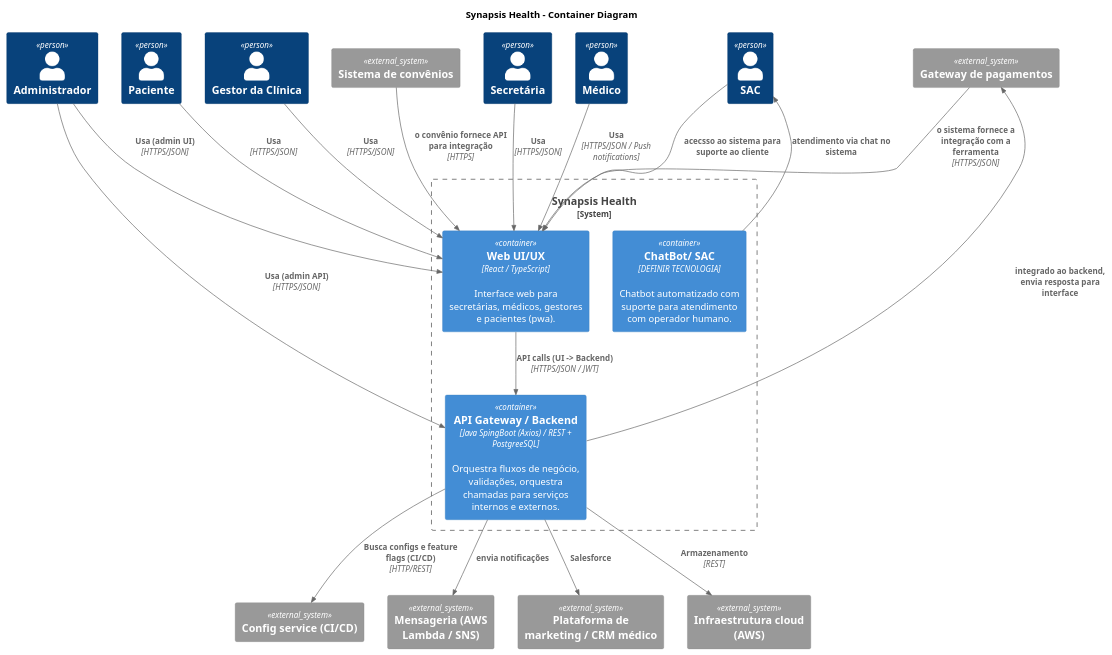
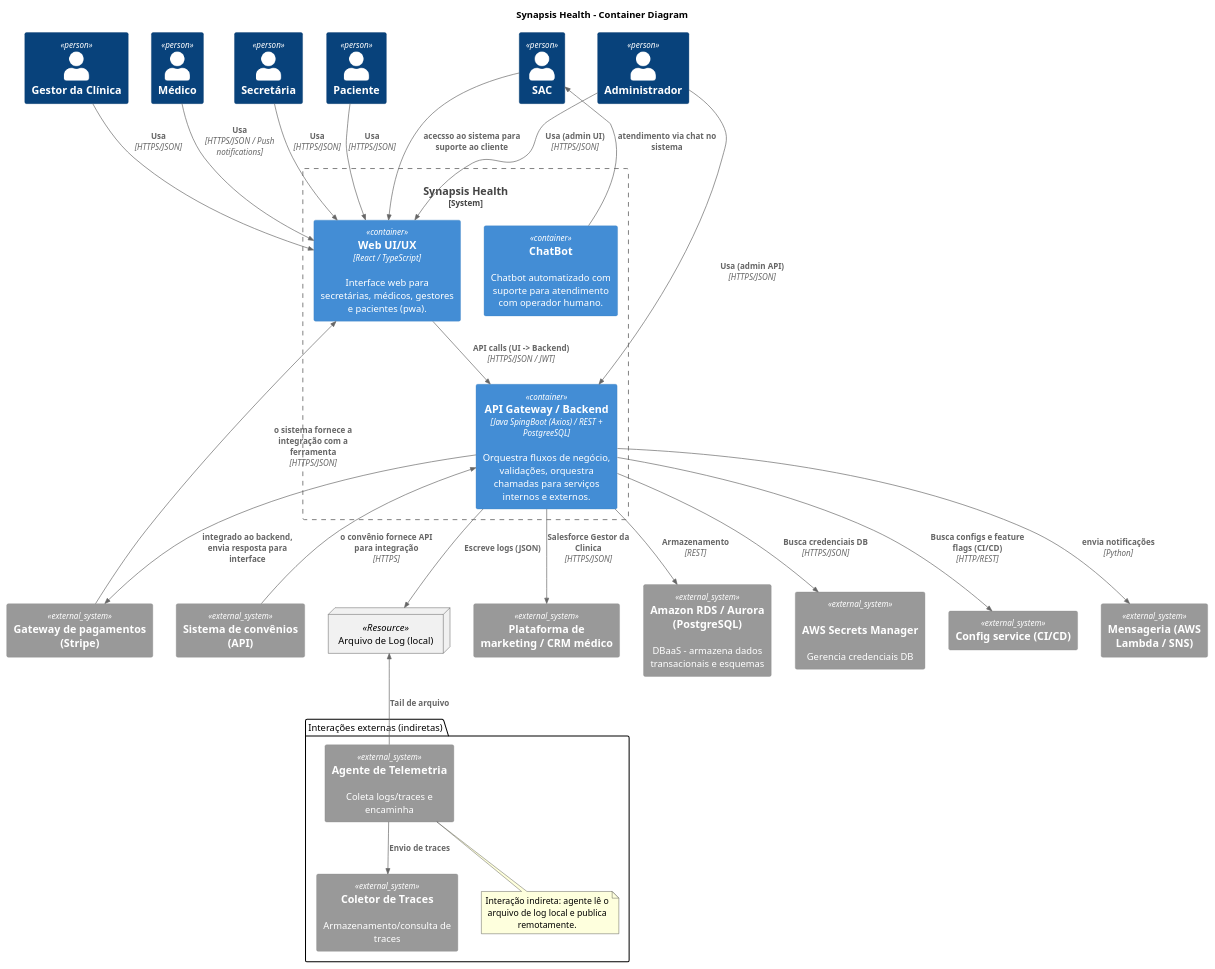
One commit to lvcasribeiro/projeto-e-design-de-software-ufg changed the diagram in diagramas/synapsis-health-container.puml. Above: the diagram before and after it, drawn with PlantUML.

Commit message:
ajusta container

```diff
--- a/diagramas/synapsis-health-container.puml
+++ b/diagramas/synapsis-health-container.puml
@@ -1,49 +1,66 @@
 @startuml synapsis-containers
 !include https://raw.githubusercontent.com/plantuml-stdlib/C4-PlantUML/master/C4_Container.puml
 
 Title Synapsis Health - Container Diagram
 ' Pessoas (reaproveita atores do contexto)
 Person(admin, "Administrador")
 Person(secretaria, "Secretária")
 Person(medico, "Médico")
 Person(paciente, "Paciente")
 Person(gestor, "Gestor da Clínica")
 Person(suporte, "SAC")
 
 System_Ext(config_server, "Config service (CI/CD)")
 System_Ext(messageria_aws, "Mensageria (AWS Lambda / SNS)")
-System_Ext(conv, "Sistema de convênios")
-System_Ext(billing, "Gateway de pagamentos")
+System_Ext(conv, "Sistema de convênios (API)")
+System_Ext(billing, "Gateway de pagamentos (Stripe)")
 System_Ext(marketing, "Plataforma de marketing / CRM médico")
-System_Ext(cloud, "Infraestrutura cloud (AWS)")
+System_Ext(aws_DB, "Amazon RDS / Aurora (PostgreSQL)", "DBaaS - armazena dados transacionais e esquemas")
+System_Ext(aws_secrets, "AWS Secrets Manager", "Gerencia credenciais DB", "HTTPS/JSON")
 
 System_Boundary(core, "Synapsis Health") {
     Container(web_app, "Web UI/UX", "React / TypeScript", "Interface web para secretárias, médicos, gestores e pacientes (pwa).")
     Container(api, "API Gateway / Backend", "Java SpingBoot (Axios) / REST + PostgreeSQL", "Orquestra fluxos de negócio, validações, orquestra chamadas para serviços internos e externos.")
-    Container(chat, "ChatBot/ SAC", "DEFINIR TECNOLOGIA", "Chatbot automatizado com suporte para atendimento com operador humano.")
+    Container(chat, "ChatBot", "", "Chatbot automatizado com suporte para atendimento com operador humano.")
+}
+
+node "Arquivo de Log (local)" as log_file <<Resource>>
+
+package "Interações externas (indiretas)" as externos {
+
+  System_Ext(grafana_agent, "Agente de Telemetria", "Coleta logs/traces e encaminha")
+  System_Ext(tempo, "Coletor de Traces", "Armazenamento/consulta de traces")
+
+  note bottom of grafana_agent
+ Interação indireta: agente lê o arquivo de log local e publica remotamente.
+end note
 }
 
 ' Relações - Pessoas -> Containers
 Rel(secretaria, web_app, "Usa", "HTTPS/JSON")
 Rel(medico, web_app, "Usa", "HTTPS/JSON / Push notifications")
 Rel(paciente, web_app, "Usa", "HTTPS/JSON")
 Rel(gestor, web_app, "Usa", "HTTPS/JSON")
 Rel(admin, web_app, "Usa (admin UI)", "HTTPS/JSON")
 Rel(admin, api, "Usa (admin API)", "HTTPS/JSON")
 
 ' Web
 Rel(web_app, api, "API calls (UI -> Backend)", "HTTPS/JSON / JWT")
 Rel(billing, web_app, "o sistema fornece a integração com a ferramenta", "HTTPS/JSON")
-Rel(conv, web_app, "o convênio fornece API para integração", "HTTPS")
+Rel_Up(conv, api, "o convênio fornece API para integração", "HTTPS")
 Rel(chat, suporte, "atendimento via chat no sistema", "")
 Rel(suporte, web_app, "acecsso ao sistema para suporte ao cliente")
 
 ' Banco de Dados
 Rel(api, billing, "integrado ao backend, envia resposta para interface", "")
 Rel(api, config_server, "Busca configs e feature flags (CI/CD)", "HTTP/REST")
-Rel(api, cloud, "Armazenamento", "REST")
-Rel(api, messageria_aws, "envia notificações", "")
-Rel(api, marketing, "Salesforce", "")
+Rel(api, aws_DB, "Armazenamento", "REST")
+Rel(api, messageria_aws, "envia notificações", "Python")
+Rel(api, marketing, "Salesforce Gestor da Clinica", "HTTPS/JSON")
+Rel(api, aws_secrets, "Busca credenciais DB", "HTTPS/JSON")
 
+Rel(api, log_file, "Escreve logs (JSON)")
+Rel_Up(grafana_agent, log_file, "Tail de arquivo")
+Rel_Down(grafana_agent, tempo, "Envio de traces")
 
 @enduml
```
